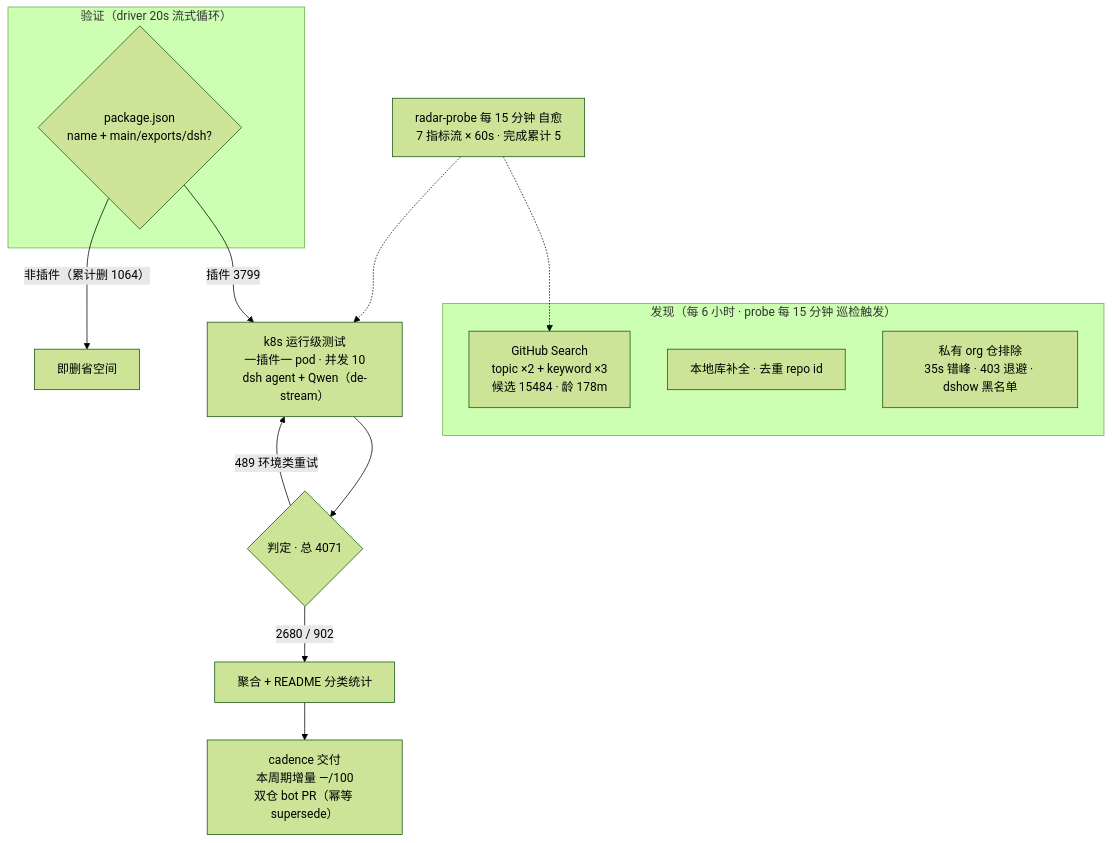
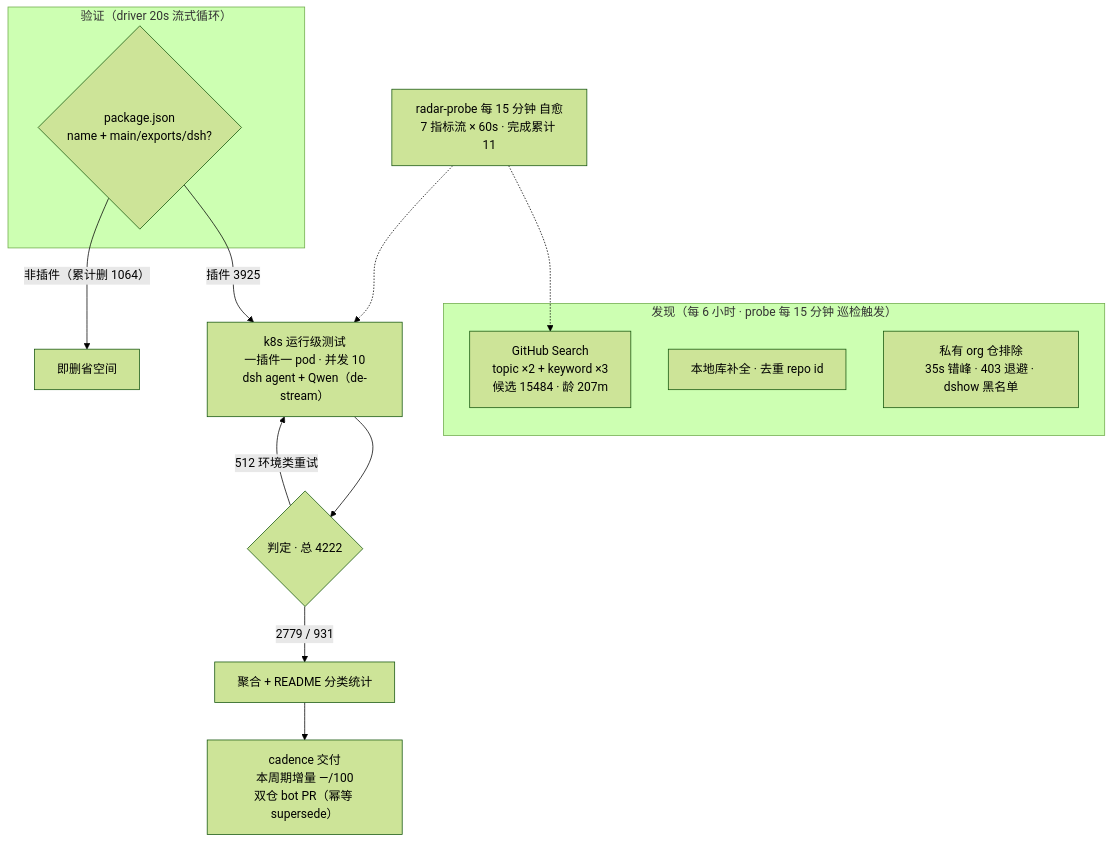
One commit to AdamPlatin123/awesome-dsh-plugins changed the diagram in README.md. Above: the diagram before and after it, drawn with Mermaid (forest theme). The commit also changed other lines of this file and 5 other files, not shown here.

````diff
--- a/README.md
+++ b/README.md
@@ -37,20 +37,20 @@
 ```mermaid
 flowchart TB
     subgraph Discovery["发现（每 6 小时 · probe 每 15 分钟 巡检触发）"]
-        A1["GitHub Search<br/>topic ×2 + keyword ×3<br/>候选 15484 · 龄 178m"]
+        A1["GitHub Search<br/>topic ×2 + keyword ×3<br/>候选 15484 · 龄 207m"]
         A2["本地库补全 · 去重 repo id"]
         A3["私有 org 仓排除<br/>35s 错峰 · 403 退避 · dshow 黑名单"]
     end
     subgraph Validation["验证（driver 20s 流式循环）"]
         B1{"package.json<br/>name + main/exports/dsh?"}
     end
-    B1 -->|"插件 3799"| C1["k8s 运行级测试<br/>一插件一 pod · 并发 10<br/>dsh agent + Qwen（de-stream）"]
+    B1 -->|"插件 3925"| C1["k8s 运行级测试<br/>一插件一 pod · 并发 10<br/>dsh agent + Qwen（de-stream）"]
     B1 -->|"非插件（累计删 1064）"| B3["即删省空间"]
-    C1 --> D1{"判定 · 总 4071"}
-    D1 -->|"2680 / 902"| E1["聚合 + README 分类统计"]
-    D1 -->|"489 环境类重试"| C1
+    C1 --> D1{"判定 · 总 4222"}
+    D1 -->|"2779 / 931"| E1["聚合 + README 分类统计"]
+    D1 -->|"512 环境类重试"| C1
     E1 --> E2["cadence 交付<br/>本周期增量 —/100<br/>双仓 bot PR（幂等 supersede）"]
-    M["radar-probe 每 15 分钟 自愈<br/>7 指标流 × 60s · 完成累计 5"]
+    M["radar-probe 每 15 分钟 自愈<br/>7 指标流 × 60s · 完成累计 11"]
     M -.-> A1
     M -.-> C1
 ```
````
